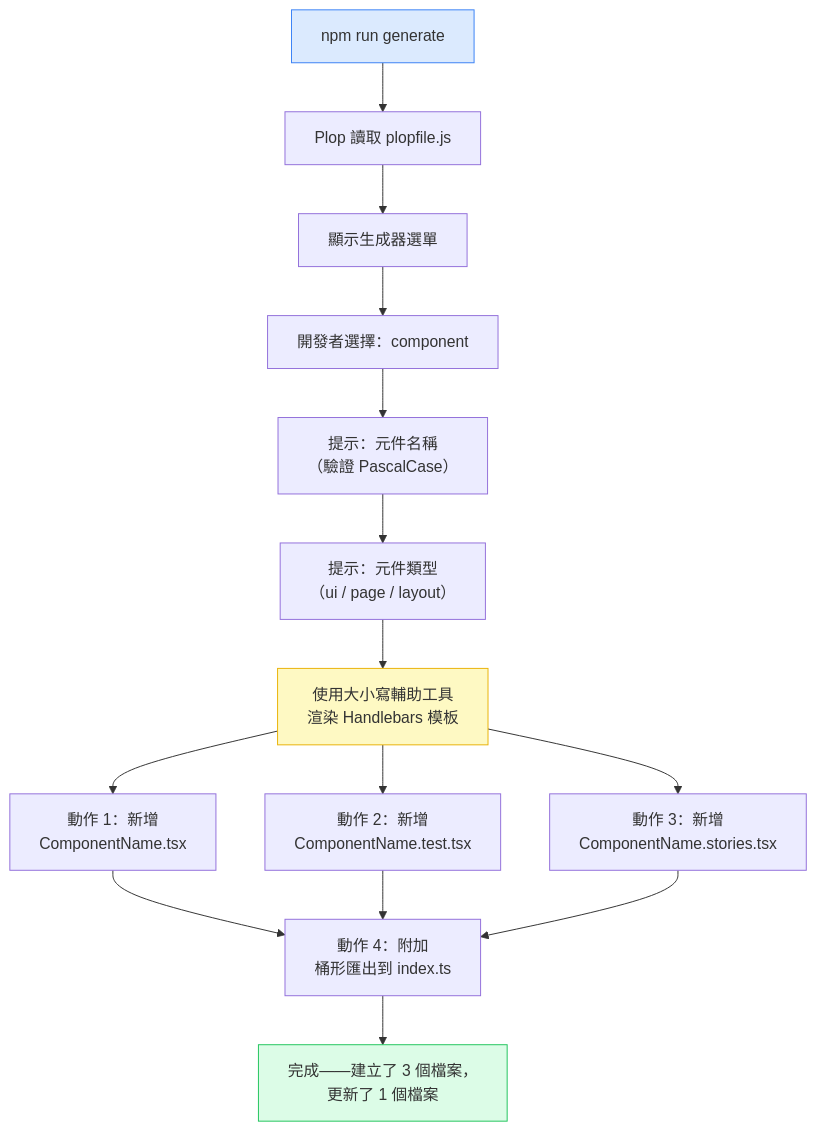
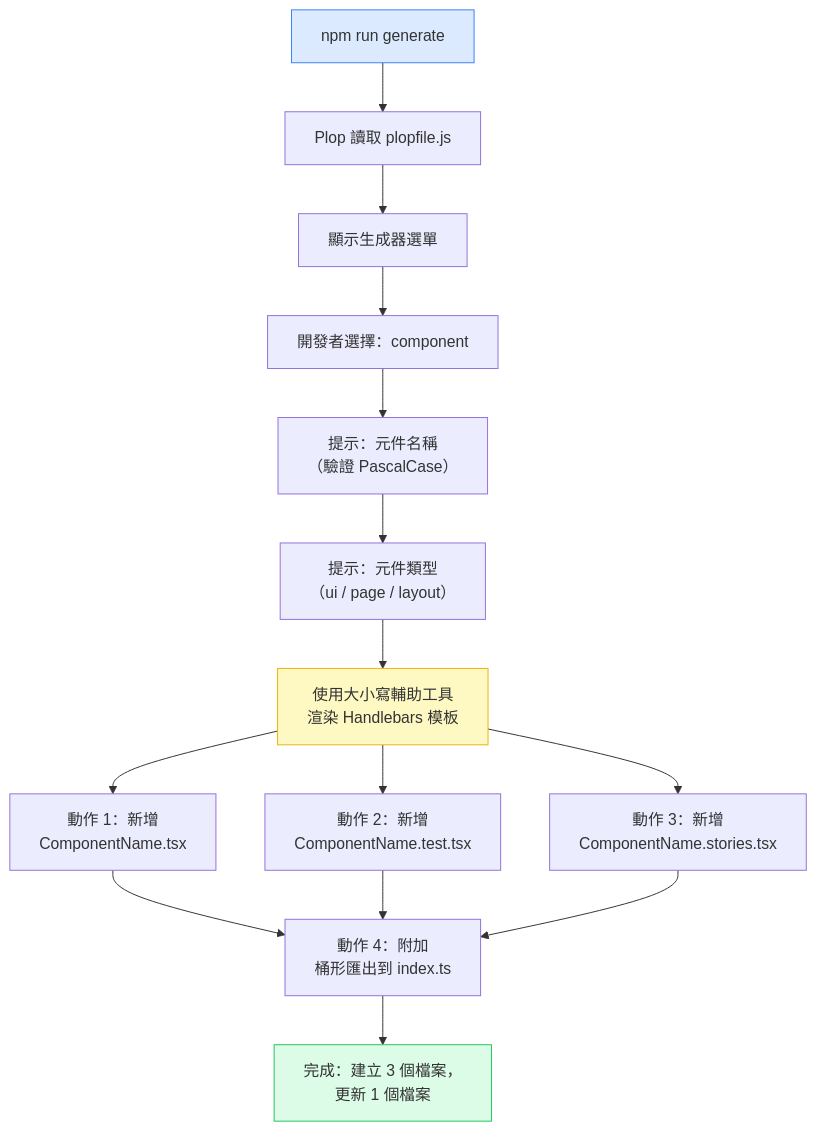
One commit to alivedise/frontend-engineering-essentials changed the diagram in docs/zh-tw/Developer Experience and Tooling/1607.md. Above: the diagram before and after it, drawn with Mermaid. The commit also changed other lines of this file and 5 other files, not shown here.

````diff
--- a/docs/zh-tw/Developer Experience and Tooling/1607.md
+++ b/docs/zh-tw/Developer Experience and Tooling/1607.md
@@ -73,20 +30,20 @@
 ```mermaid
 flowchart TD
     A["npm run generate"] --> B["Plop 讀取 plopfile.js"]
     B --> C["顯示生成器選單"]
     C --> D["開發者選擇：component"]
     D --> E["提示：元件名稱\n（驗證 PascalCase）"]
     E --> F["提示：元件類型\n（ui / page / layout）"]
     F --> G["使用大小寫輔助工具\n渲染 Handlebars 模板"]
     G --> H["動作 1：新增\nComponentName.tsx"]
     G --> I["動作 2：新增\nComponentName.test.tsx"]
     G --> J["動作 3：新增\nComponentName.stories.tsx"]
     H --> K["動作 4：附加\n桶形匯出到 index.ts"]
     I --> K
     J --> K
-    K --> L["完成——建立了 3 個檔案，\n更新了 1 個檔案"]
+    K --> L["完成：建立 3 個檔案，\n更新 1 個檔案"]
 
     style A fill:#dbeafe,stroke:#3b82f6
     style L fill:#dcfce7,stroke:#22c55e
     style G fill:#fef9c3,stroke:#eab308
 ```
````
